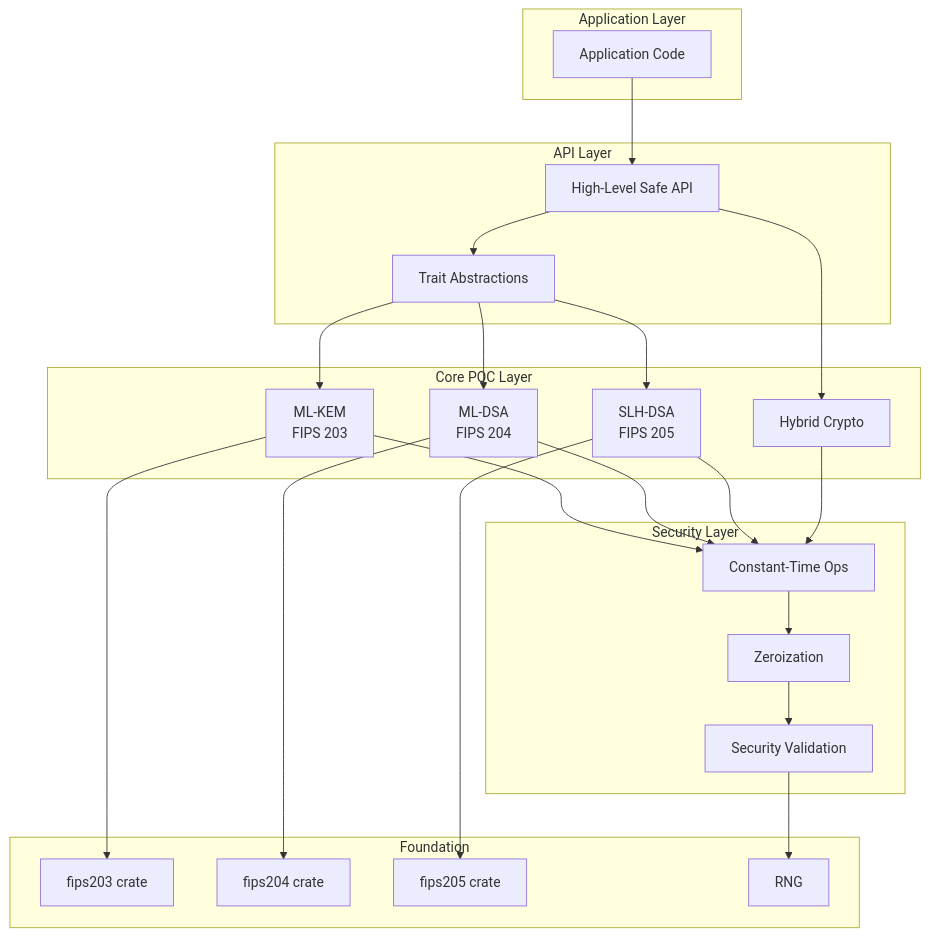
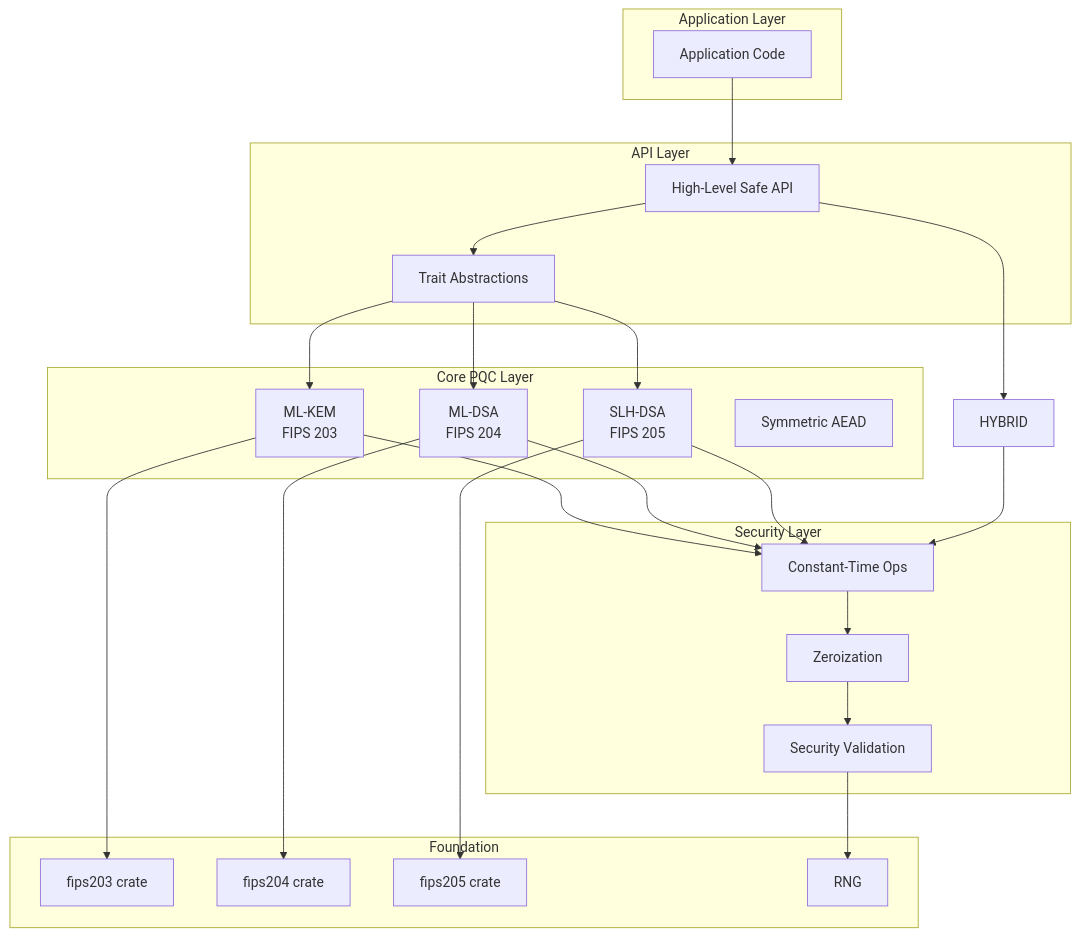
The first of 3 diagrams in docs/ARCHITECTURE.md (dirvine/saorsa-pqc), drawn with Mermaid before and after one commit. The commit also changed other lines of this file, not shown here.

First line of the commit message:
docs: remove stale hybrid/classical references from ARCHITECTURE.md

````diff
--- a/docs/ARCHITECTURE.md
+++ b/docs/ARCHITECTURE.md
@@ -17,52 +17,52 @@
 ```mermaid
 graph TB
     subgraph "Application Layer"
         APP[Application Code]
     end
     
     subgraph "API Layer"
         API[High-Level Safe API]
         TRAIT[Trait Abstractions]
     end
     
     subgraph "Core PQC Layer"
         MLKEM[ML-KEM<br/>FIPS 203]
         MLDSA[ML-DSA<br/>FIPS 204]
         SLHDSA[SLH-DSA<br/>FIPS 205]
-        HYBRID[Hybrid Crypto]
+        SYM[Symmetric AEAD]
     end
     
     subgraph "Security Layer"
         CT[Constant-Time Ops]
         ZERO[Zeroization]
         VALID[Security Validation]
     end
     
     subgraph "Foundation"
         FIPS203[fips203 crate]
         FIPS204[fips204 crate]
         FIPS205[fips205 crate]
         RAND[RNG]
     end
     
     APP --> API
     API --> TRAIT
     TRAIT --> MLKEM
     TRAIT --> MLDSA
     TRAIT --> SLHDSA
     API --> HYBRID
     
     MLKEM --> CT
     MLDSA --> CT
     SLHDSA --> CT
     HYBRID --> CT
     
     CT --> ZERO
     ZERO --> VALID
     
     MLKEM --> FIPS203
     MLDSA --> FIPS204
     SLHDSA --> FIPS205
     
     VALID --> RAND
 ```
````
